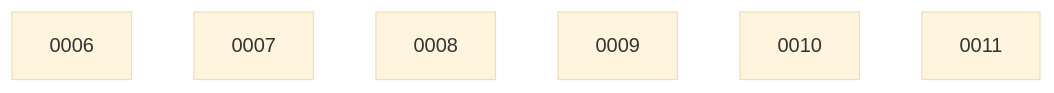
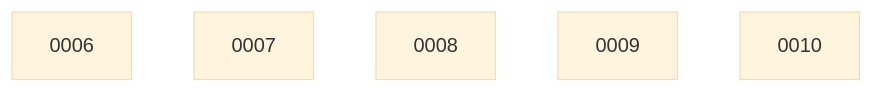
Before and after one commit to ethanhinson/codeindex: the diagram in docs/changes/BOARD.md, drawn with Mermaid (base theme). The commit also changed other lines of this file, not shown here.

````diff
--- a/docs/changes/BOARD.md
+++ b/docs/changes/BOARD.md
@@ -21,9 +20,8 @@
 ```mermaid
 graph TD
   0006
   0007
   0008
   0009
   0010
-  0011
 ```
````
